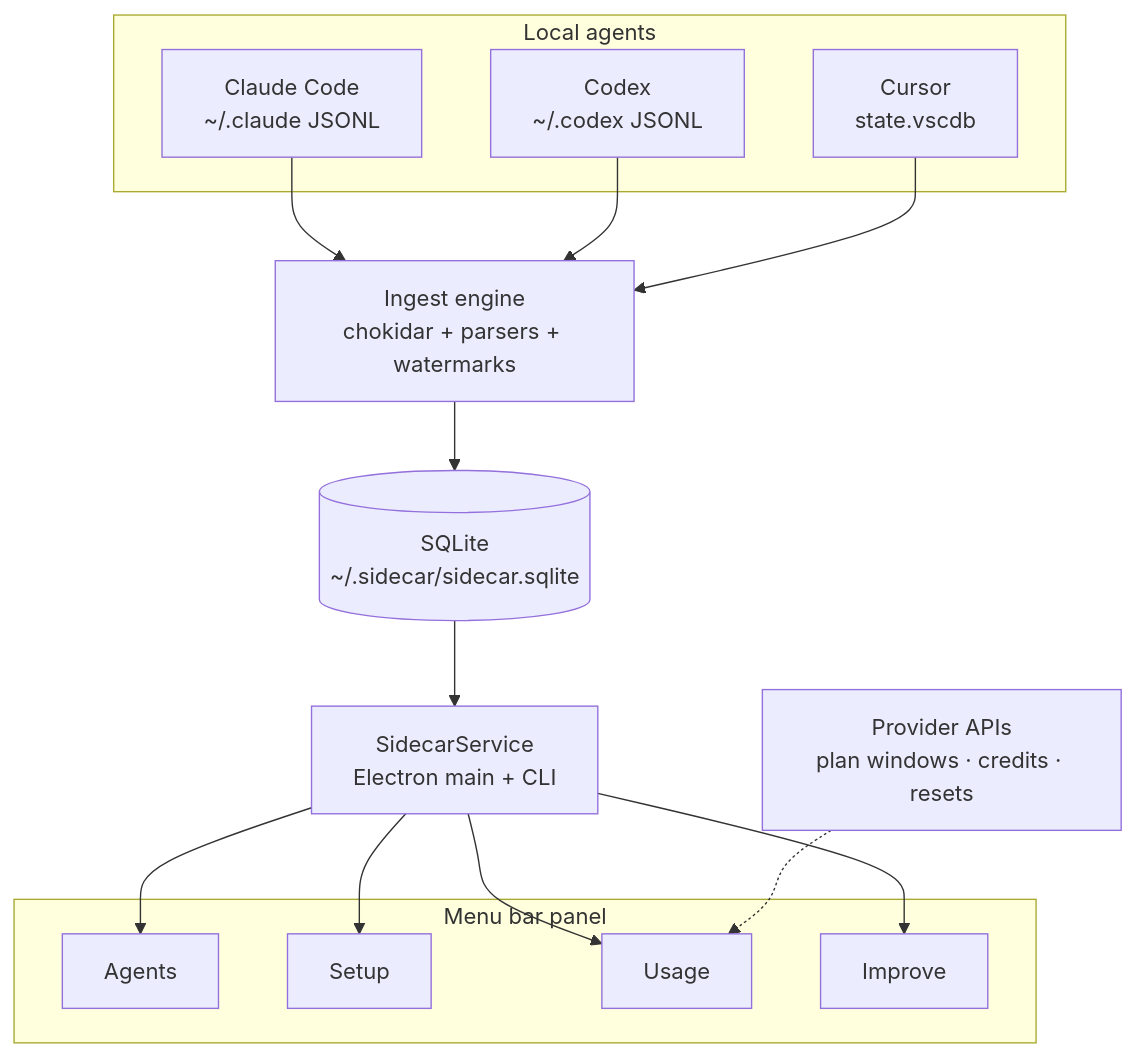
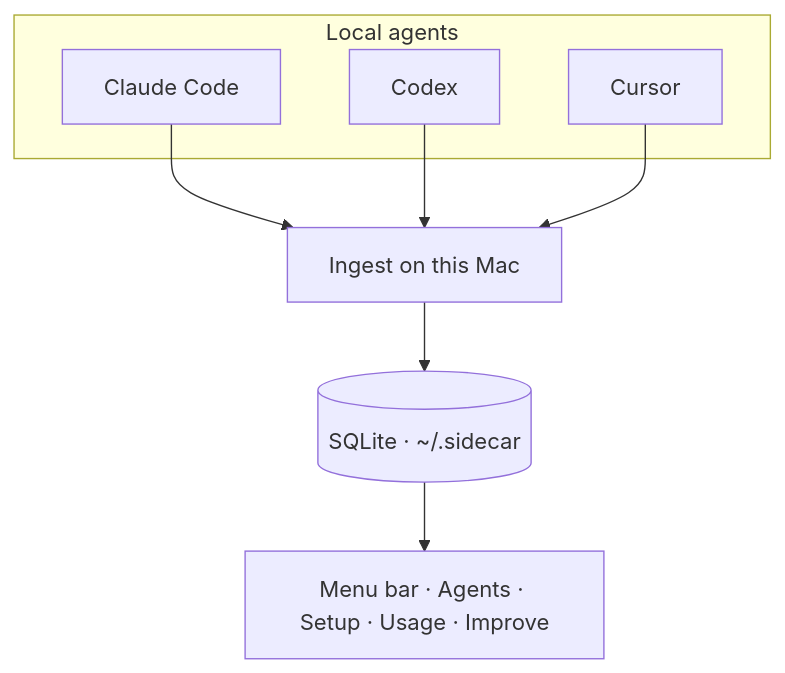
Before and after one commit to Avik-creator/sidecar: the diagram in README.md, drawn with Mermaid. The commit also changed other lines of this file, not shown here.

First line of the commit message:
docs: refresh README for Sidecar positioning

````diff
--- a/README.md
+++ b/README.md
@@ -32,32 +43,18 @@
 ```mermaid
 flowchart TB
   subgraph sources [Local agents]
-    Claude["Claude Code<br/>~/.claude JSONL"]
-    Codex["Codex<br/>~/.codex JSONL"]
-    Cursor["Cursor<br/>state.vscdb"]
+    Claude["Claude Code"]
+    Codex["Codex"]
+    Cursor["Cursor"]
   end
 
-  Ingest["Ingest engine<br/>chokidar + parsers + watermarks"]
-  DB[("SQLite<br/>~/.sidecar/sidecar.sqlite")]
-  Service["SidecarService<br/>Electron main + CLI"]
-
-  subgraph ui [Menu bar panel]
-    Agents[Agents]
-    Setup[Setup]
-    Usage[Usage]
-    Improve[Improve]
-  end
-
-  APIs["Provider APIs<br/>plan windows · credits · resets"]
+  Ingest["Ingest on this Mac"]
+  DB[("SQLite · ~/.sidecar")]
+  Panel["Menu bar · Agents · Setup · Usage · Improve"]
 
   Claude --> Ingest
   Codex --> Ingest
   Cursor --> Ingest
   Ingest --> DB
-  DB --> Service
-  Service --> Agents
-  Service --> Setup
-  Service --> Usage
-  Service --> Improve
-  APIs -.-> Usage
+  DB --> Panel
 ```
````
